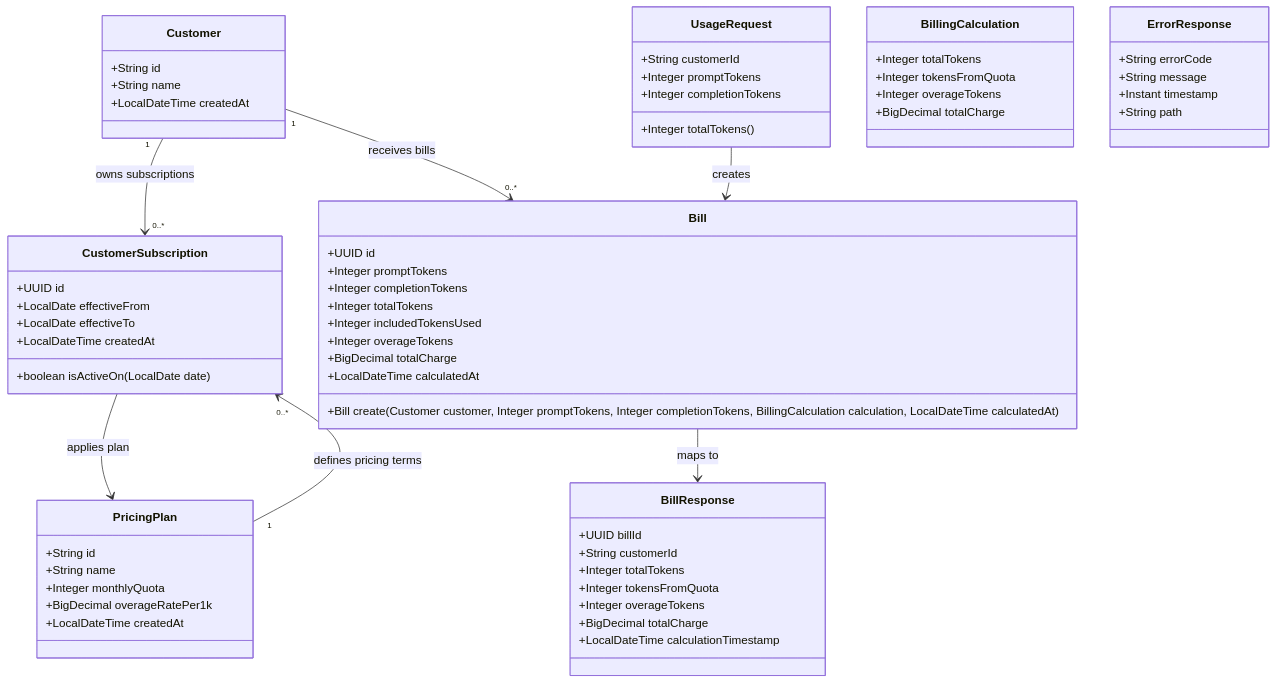
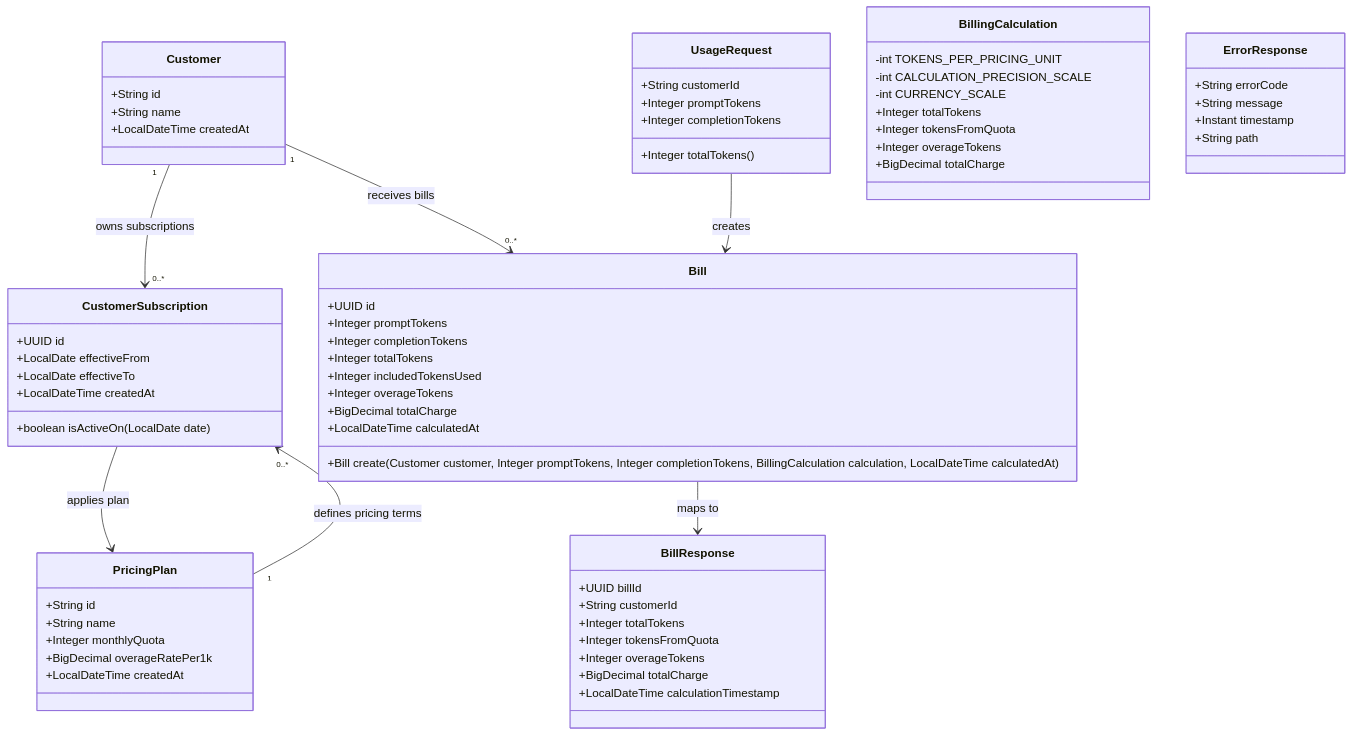
One commit to skyglass/spdd-workshop-snapshot changed the diagram in spdd/prompt/GGQPA-XXX-202605160301-[Feat]-api-token-usage-billing.md. Above: the diagram before and after it, drawn with Mermaid. The commit also changed other lines of this file and 1 other file, not shown here.

````diff
--- a/spdd/prompt/GGQPA-XXX-202605160301-[Feat]-api-token-usage-billing.md
+++ b/spdd/prompt/GGQPA-XXX-202605160301-[Feat]-api-token-usage-billing.md
@@ -11,76 +11,79 @@
 ```mermaid
 classDiagram
 direction TB
 
 class Customer {
     +String id
     +String name
     +LocalDateTime createdAt
 }
 
 class PricingPlan {
     +String id
     +String name
     +Integer monthlyQuota
     +BigDecimal overageRatePer1k
     +LocalDateTime createdAt
 }
 
 class CustomerSubscription {
     +UUID id
     +LocalDate effectiveFrom
     +LocalDate effectiveTo
     +LocalDateTime createdAt
     +boolean isActiveOn(LocalDate date)
 }
 
 class Bill {
     +UUID id
     +Integer promptTokens
     +Integer completionTokens
     +Integer totalTokens
     +Integer includedTokensUsed
     +Integer overageTokens
     +BigDecimal totalCharge
     +LocalDateTime calculatedAt
     +Bill create(Customer customer, Integer promptTokens, Integer completionTokens, BillingCalculation calculation, LocalDateTime calculatedAt)
 }
 
 class UsageRequest {
     +String customerId
     +Integer promptTokens
     +Integer completionTokens
     +Integer totalTokens()
 }
 
 class BillingCalculation {
+    -int TOKENS_PER_PRICING_UNIT
+    -int CALCULATION_PRECISION_SCALE
+    -int CURRENCY_SCALE
     +Integer totalTokens
     +Integer tokensFromQuota
     +Integer overageTokens
     +BigDecimal totalCharge
 }
 
 class BillResponse {
     +UUID billId
     +String customerId
     +Integer totalTokens
     +Integer tokensFromQuota
     +Integer overageTokens
     +BigDecimal totalCharge
     +LocalDateTime calculationTimestamp
 }
 
 class ErrorResponse {
     +String errorCode
     +String message
     +Instant timestamp
     +String path
 }
 
 Customer "1" --> "0..*" CustomerSubscription : owns subscriptions
 PricingPlan "1" --> "0..*" CustomerSubscription : defines pricing terms
 Customer "1" --> "0..*" Bill : receives bills
 UsageRequest --> Bill : creates
 CustomerSubscription --> PricingPlan : applies plan
 Bill --> BillResponse : maps to
 ```
````
